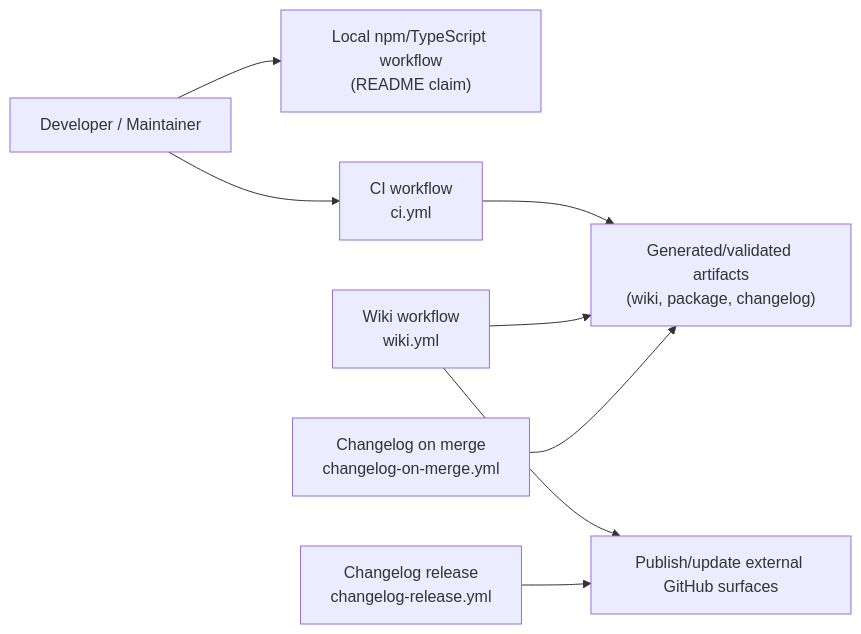
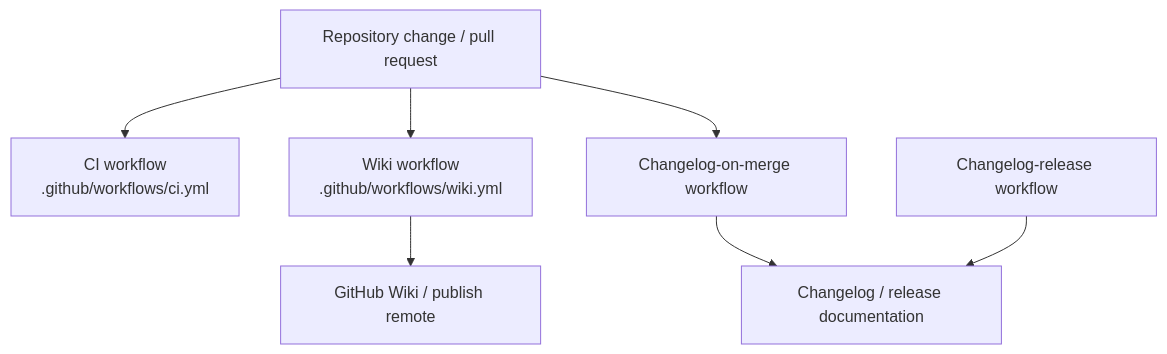
Before and after one commit to mfittko/repo-wiki: the fourth of 4 diagrams in Architecture.md, drawn with Mermaid. The commit also changed other lines of this file and 43 other files, not shown here.

Commit message:
Compile repository wiki 2026-05-14T14:58:28.235Z

````diff
--- a/Architecture.md
+++ b/Architecture.md
@@ -217,19 +233,17 @@
 ```mermaid
-flowchart LR
-  Dev["Developer / Maintainer"]
-  Local["Local npm/TypeScript workflow<br/>(README claim)"]
-  CI["CI workflow<br/>ci.yml"]
-  Wiki["Wiki workflow<br/>wiki.yml"]
-  ChangeOnMerge["Changelog on merge<br/>changelog-on-merge.yml"]
-  ChangeRelease["Changelog release<br/>changelog-release.yml"]
-  Artifact["Generated/validated artifacts<br/>(wiki, package, changelog)"]
-  Publish["Publish/update external GitHub surfaces"]
+flowchart TD
+    Change["Repository change / pull request"]
+    CI["CI workflow<br/>.github/workflows/ci.yml"]
+    WikiWF["Wiki workflow<br/>.github/workflows/wiki.yml"]
+    ChangelogMerge["Changelog-on-merge workflow"]
+    ChangelogRelease["Changelog-release workflow"]
+    WikiRemote["GitHub Wiki / publish remote"]
+    ReleaseDocs["Changelog / release documentation"]
 
-  Dev --> Local
-  Dev --> CI
-  CI --> Artifact
-  Wiki --> Artifact
-  Wiki --> Publish
-  ChangeOnMerge --> Artifact
-  ChangeRelease --> Publish
+    Change --> CI
+    Change --> WikiWF
+    WikiWF --> WikiRemote
+    Change --> ChangelogMerge
+    ChangelogMerge --> ReleaseDocs
+    ChangelogRelease --> ReleaseDocs
 ```
````
